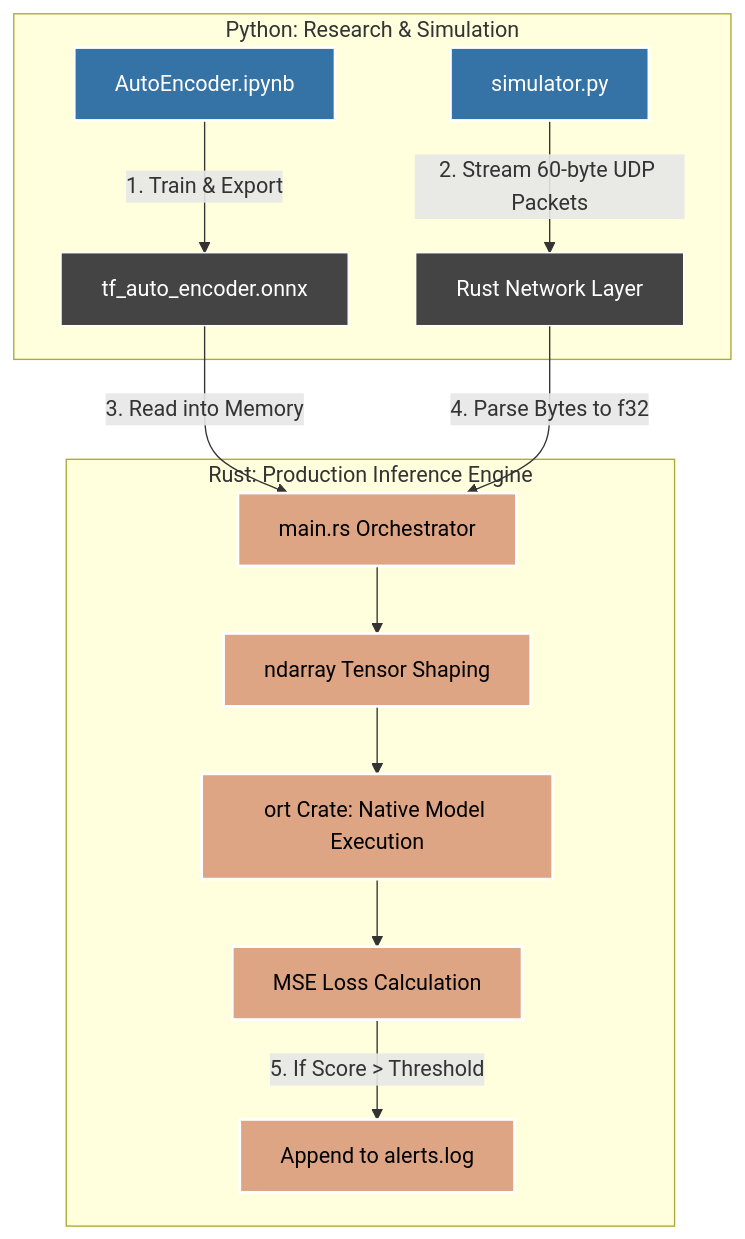
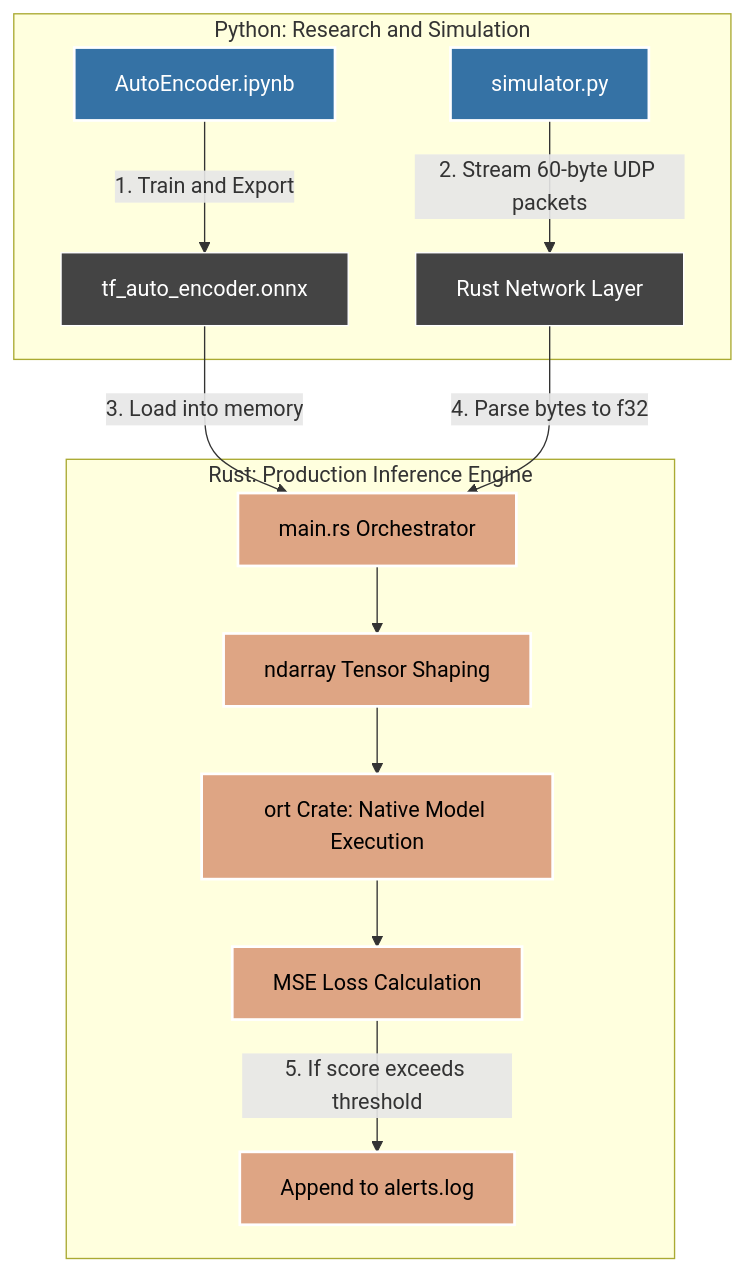
One commit to ShivaramHR/telemetry-anomaly-detector changed the diagram in Readme.md. Above: the diagram before and after it, drawn with Mermaid. The commit also changed other lines of this file, not shown here.

````diff
--- a/Readme.md
+++ b/Readme.md
@@ -15,26 +21,25 @@
-``` mermaid
+```mermaid
 graph TD
     %% Styling
     classDef python fill:#3572A5,stroke:#fff,stroke-width:2px,color:#fff;
     classDef rust fill:#DEA584,stroke:#fff,stroke-width:2px,color:#000;
     classDef file fill:#444,stroke:#fff,stroke-width:1px,color:#fff;
 
-    subgraph Python_Side [Python: Research & Simulation]
-        A[AutoEncoder.ipynb] -->|1. Train & Export| B[tf_auto_encoder.onnx]
-        C[simulator.py] -->|2. Stream 60-byte UDP Packets| D[Rust Network Layer]
+    subgraph Python_Side [Python: Research and Simulation]
+        A[AutoEncoder.ipynb] -->|1. Train and Export| B[tf_auto_encoder.onnx]
+        C[simulator.py] -->|2. Stream 60-byte UDP packets| D[Rust Network Layer]
     end
 
     subgraph Rust_Side [Rust: Production Inference Engine]
-        B -->|3. Read into Memory| E[main.rs Orchestrator]
-        D -->|4. Parse Bytes to f32| E
+        B -->|3. Load into memory| E[main.rs Orchestrator]
+        D -->|4. Parse bytes to f32| E
         E --> F[ndarray Tensor Shaping]
         F --> G[ort Crate: Native Model Execution]
         G --> H[MSE Loss Calculation]
-        H -->|5. If Score > Threshold| I[Append to alerts.log]
+        H -->|5. If score exceeds threshold| I[Append to alerts.log]
     end
 
-    %% Apply classes
     class A,C python;
     class E,F,G,H,I rust;
     class B,D file;
 ```
````
